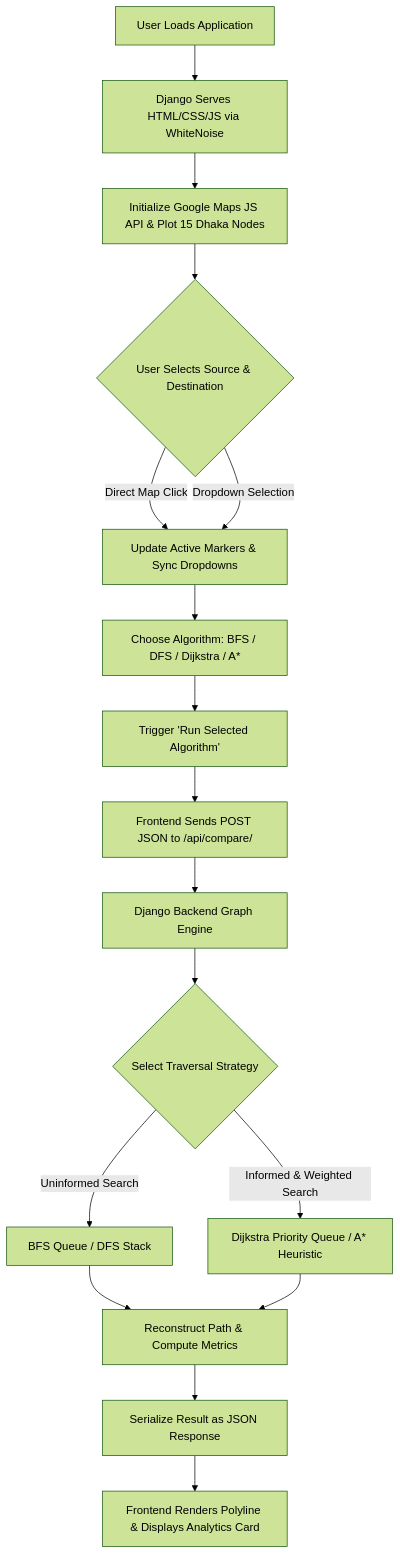
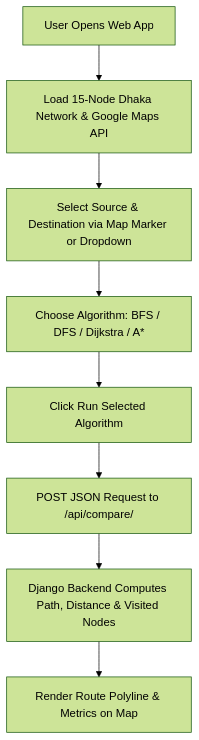
Before and after one commit to Md-Zahid-CSE/-biology-map-orbitrace: the diagram in README.md, drawn with Mermaid (forest theme). The commit also changed other lines of this file, not shown here.

````diff
--- a/README.md
+++ b/README.md
@@ -34,19 +16,10 @@
 ```mermaid
 flowchart TD
-    A[User Loads Application] --> B[Django Serves HTML/CSS/JS via WhiteNoise]
-    B --> C[Initialize Google Maps JS API & Plot 15 Dhaka Nodes]
-    C --> D{User Selects Source & Destination}
-    D -->|Direct Map Click| E[Update Active Markers & Sync Dropdowns]
-    D -->|Dropdown Selection| E
-    E --> F[Choose Algorithm: BFS / DFS / Dijkstra / A*]
-    F --> G[Trigger 'Run Selected Algorithm']
-    G --> H[Frontend Sends POST JSON to /api/compare/]
-    H --> I[Django Backend Graph Engine]
-    I --> J{Select Traversal Strategy}
-    J -->|Uninformed Search| K1[BFS Queue / DFS Stack]
-    J -->|Informed & Weighted Search| K2[Dijkstra Priority Queue / A* Heuristic]
-    K1 --> L[Reconstruct Path & Compute Metrics]
-    K2 --> L
-    L --> M[Serialize Result as JSON Response]
-    M --> N[Frontend Renders Polyline & Displays Analytics Card]
+    A[User Opens Web App] --> B[Load 15-Node Dhaka Network & Google Maps API]
+    B --> C[Select Source & Destination via Map Marker or Dropdown]
+    C --> D[Choose Algorithm: BFS / DFS / Dijkstra / A*]
+    D --> E[Click Run Selected Algorithm]
+    E --> F[POST JSON Request to /api/compare/]
+    F --> G[Django Backend Computes Path, Distance & Visited Nodes]
+    G --> H[Render Route Polyline & Metrics on Map]
 ```
````
